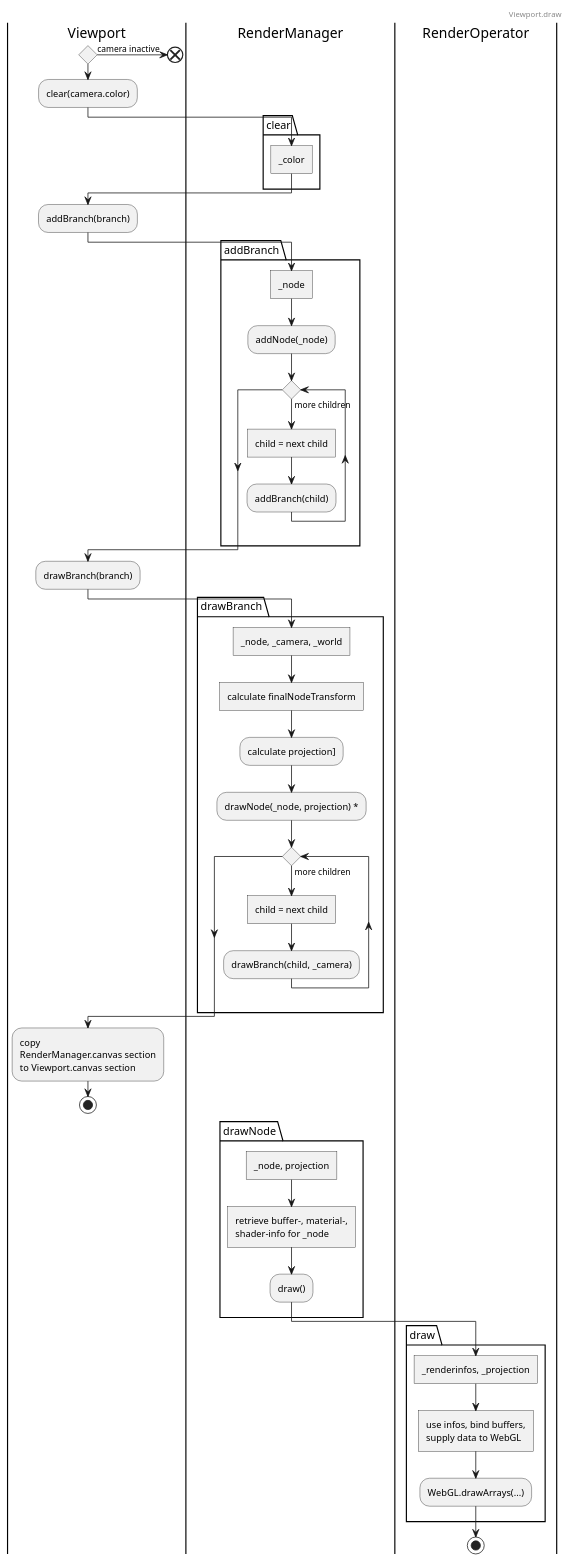
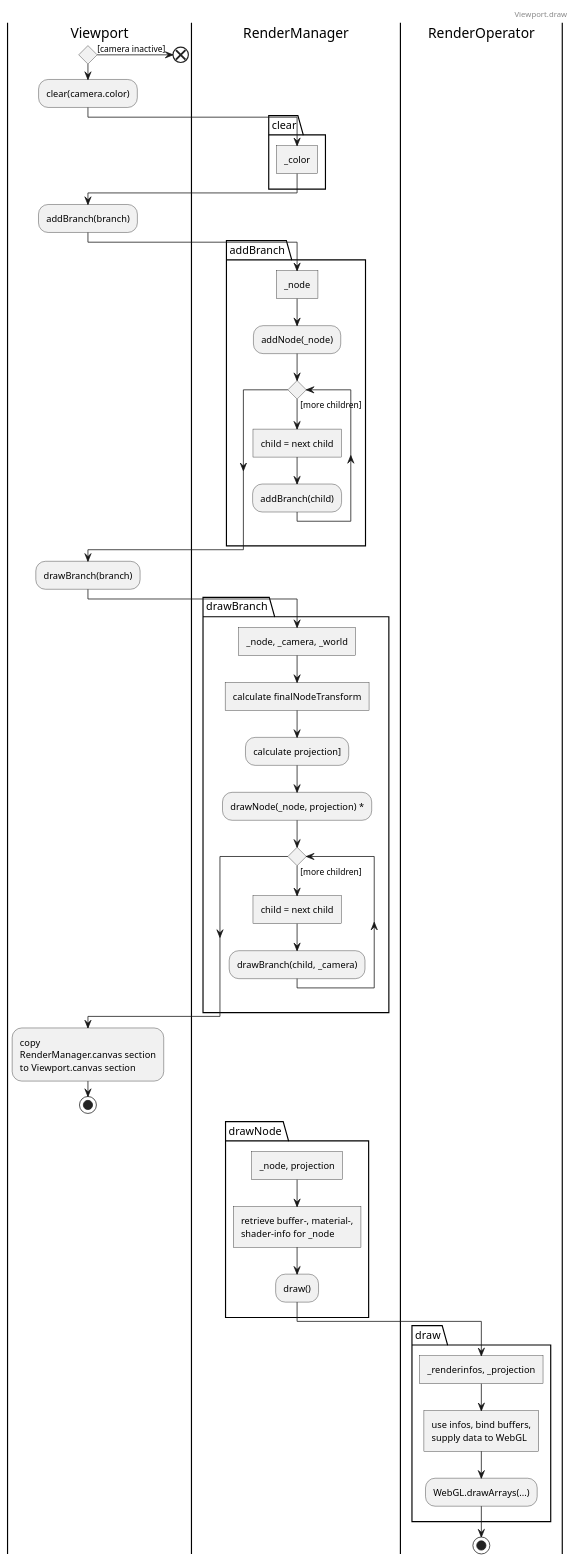
One commit to JirkaDellOro/FUDGE changed the diagram in Design/WebGL_Proposal_Viewport.puml. Above: the diagram before and after it, drawn with PlantUML.

Commit message:
square brackets

```diff
--- a/Design/WebGL_Proposal_Viewport.puml
+++ b/Design/WebGL_Proposal_Viewport.puml
@@ -1,65 +1,65 @@
 @startuml Viewport.draw
 skinparam monochrome true
 skinparam shadowing false
 header
     Viewport.draw
 endheader
 |Viewport|
 |RenderManager|
 |RenderOperator|
 |Viewport|
-if () then (camera inactive)
+if () then ([camera inactive])
     end
 else
     :clear(camera.color);
 endif
 |RenderManager|
 package clear {
     :_color]
 }
 |Viewport|
 :addBranch(branch);
 |RenderManager|
 package addBranch {
     :_node]
     :addNode(_node);
-    while () is (more children)
+    while () is ([more children])
         :child = next child]
         :addBranch(child);
     endwhile
 }
 |Viewport|
 :drawBranch(branch);
 |RenderManager|
 package drawBranch {
     :_node, _camera, _world]
     :calculate finalNodeTransform]
     :calculate projection];
     :drawNode(_node, projection) *;
     |RenderManager|
-    while () is (more children)
+    while () is ([more children])
         :child = next child]
         :drawBranch(child, _camera);
     endwhile
 }
 |Viewport|
 :copy
 RenderManager.canvas section
 to Viewport.canvas section;
 stop
 |RenderManager|
 package drawNode {
     :_node, projection]
     :retrieve buffer-, material-, 
     shader-info for _node]
     :draw();
 }
 |RenderOperator|
 package draw {
     :_renderinfos, _projection]
     :use infos, bind buffers,
     supply data to WebGL]
     :WebGL.drawArrays(...);
 }
 stop
 @enduml
```
